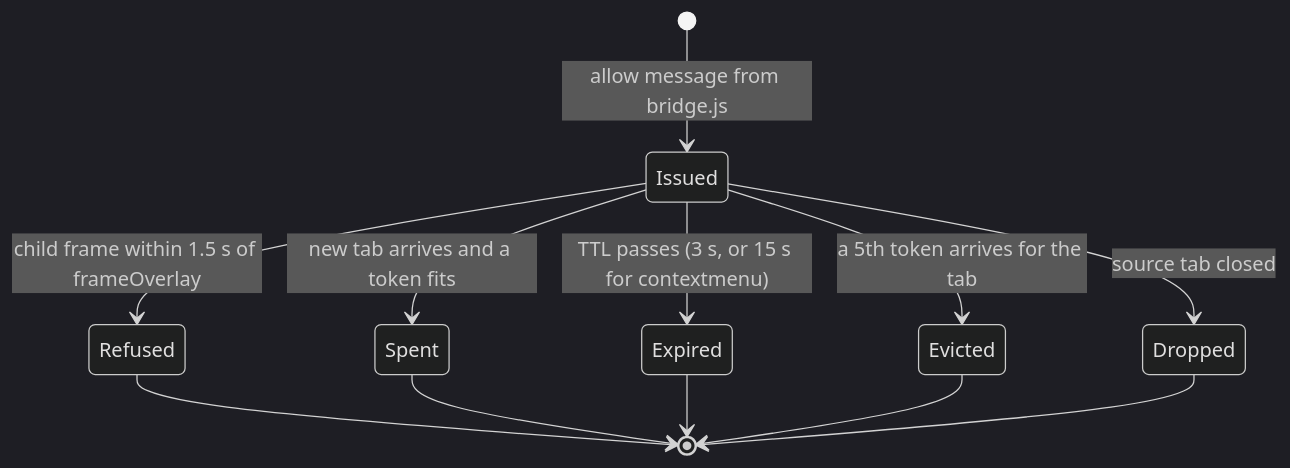
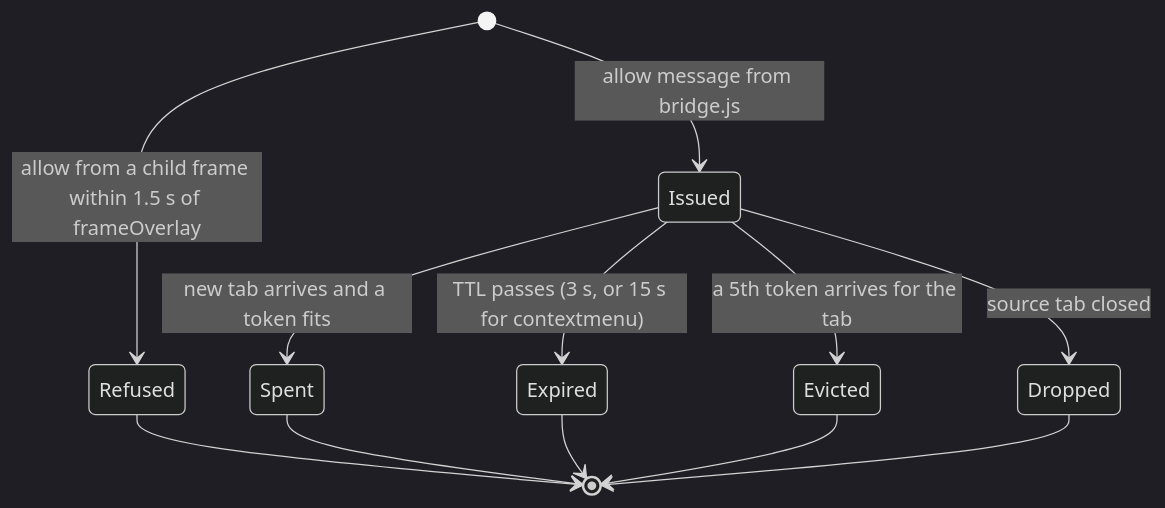
One commit to madironman/popshield changed the fourth of 4 diagrams in docs/ARCHITECTURE.md. Above: the diagram before and after it, drawn with Mermaid (dark theme). The commit also changed other lines of this file and 25 other files, not shown here.

````diff
--- a/docs/ARCHITECTURE.md
+++ b/docs/ARCHITECTURE.md
@@ -326,14 +326,14 @@
 ```mermaid
 stateDiagram-v2
     [*] --> Issued: allow message from bridge.js
-    Issued --> Refused: child frame within 1.5 s of frameOverlay
+    [*] --> Refused: allow from a child frame within 1.5 s of frameOverlay
     Issued --> Spent: new tab arrives and a token fits
     Issued --> Expired: TTL passes (3 s, or 15 s for contextmenu)
     Issued --> Evicted: a 5th token arrives for the tab
     Issued --> Dropped: source tab closed
     Refused --> [*]
     Spent --> [*]
     Expired --> [*]
     Evicted --> [*]
     Dropped --> [*]
 ```
````
